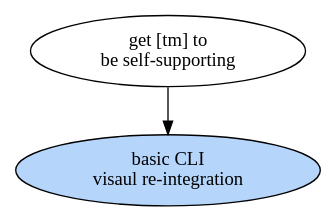
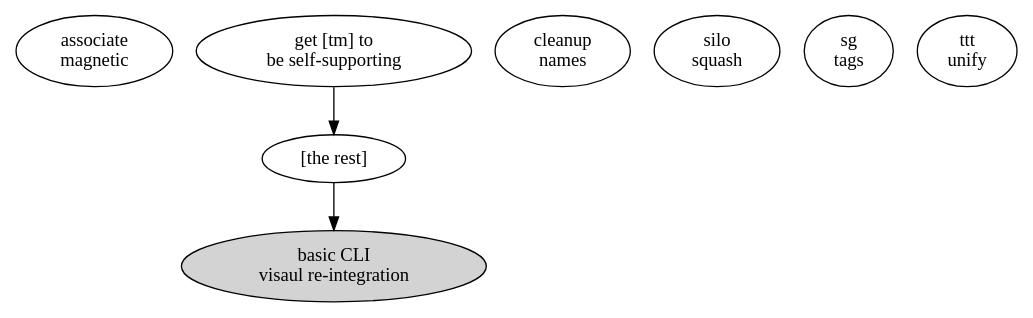
The diagram in lib/skylab/tan-man/doc/the-big-picture-of-now.dot (hipe/tmx), drawn with Graphviz before and after one commit. The commit also changed 26 other files, not shown here.

```diff
--- a/lib/skylab/tan-man/doc/the-big-picture-of-now.dot
+++ b/lib/skylab/tan-man/doc/the-big-picture-of-now.dot
@@ -1,9 +1,17 @@
 digraph{
 
+  am [ label="associate\nmagnetic" ]
+  cv [ label="basic CLI\nvisaul re-integration" style=filled ]
+  cn [ label="cleanup\nnames" ]
+  si [ label="silo\nsquash" ]
   ss [ label="get [tm] to\nbe self-supporting" ]
-  xx [ label="basic CLI\nvisaul re-integration" fillcolor="#b5d5fb" style=filled ]
-  ss->xx
+  st [ label="sg\ntags" ]
+  tu [ label="ttt\nunify" ]
+  the_rest [ label="[the rest]" ]
+
+  ss->the_rest
+  the_rest->cv
 
   # that one color of blue: fillcolor="#b5d5fb" style=filled
 
 }
```
